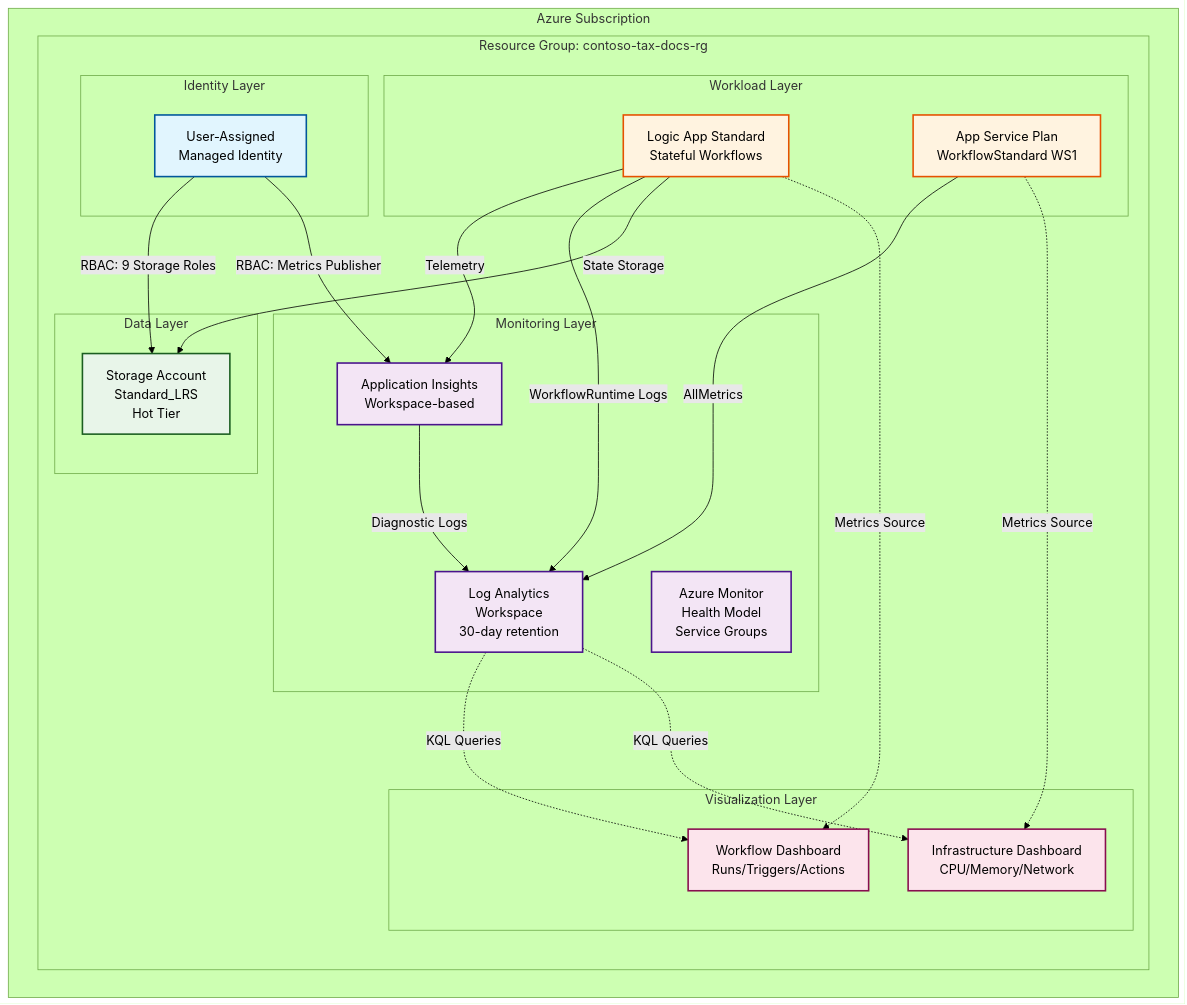
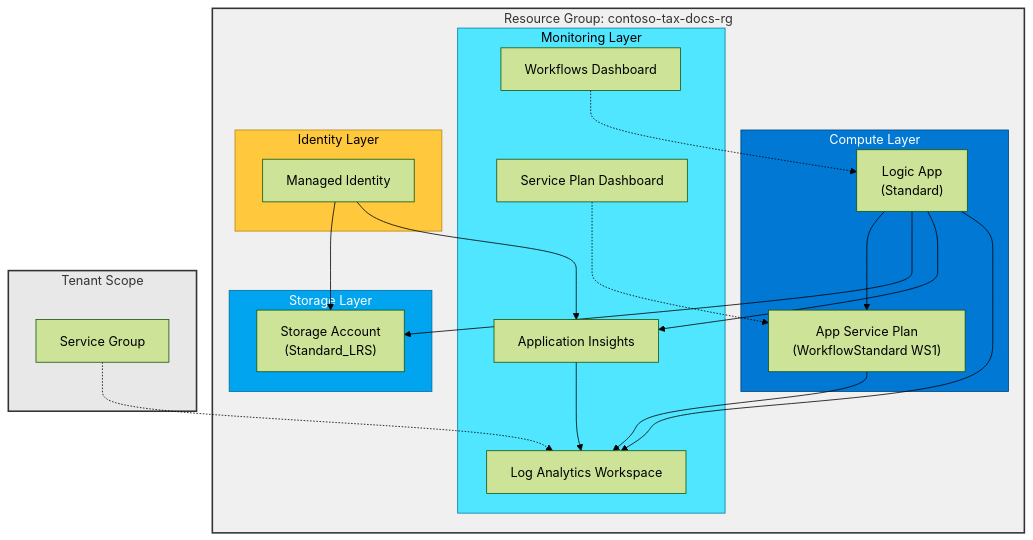
The first of 2 diagrams in README.md (Evilazaro/Azure-LogicApps-Monitoring), drawn with Mermaid (forest theme) before and after one commit. The commit also changed other lines of this file, not shown here.

````diff
--- a/README.md
+++ b/README.md
@@ -63,54 +75,47 @@
 ```mermaid
 flowchart TB
-    subgraph Azure["Azure Subscription"]
-        subgraph RG["Resource Group: contoso-tax-docs-rg"]
-            subgraph Identity["Identity Layer"]
-                MI[User-Assigned<br/>Managed Identity]
-            end
-            
-            subgraph Monitor["Monitoring Layer"]
-                HM[Azure Monitor<br/>Health Model<br/>Service Groups]
-                LAW[Log Analytics<br/>Workspace<br/>30-day retention]
-                AI[Application Insights<br/>Workspace-based]
-            end
-            
-            subgraph Data["Data Layer"]
-                SA[Storage Account<br/>Standard_LRS<br/>Hot Tier]
-            end
-            
-            subgraph Workload["Workload Layer"]
-                ASP[App Service Plan<br/>WorkflowStandard WS1]
-                LA[Logic App Standard<br/>Stateful Workflows]
-            end
-            
-            subgraph Viz["Visualization Layer"]
-                D1[Workflow Dashboard<br/>Runs/Triggers/Actions]
-                D2[Infrastructure Dashboard<br/>CPU/Memory/Network]
-            end
+    subgraph RG["Resource Group: contoso-tax-docs-rg"]
+        subgraph Compute["Compute Layer"]
+            ASP["App Service Plan<br/>(WorkflowStandard WS1)"]
+            LA["Logic App<br/>(Standard)"]
+        end
+        
+        subgraph Storage["Storage Layer"]
+            SA["Storage Account<br/>(Standard_LRS)"]
+        end
+        
+        subgraph Monitoring["Monitoring Layer"]
+            LAW["Log Analytics Workspace"]
+            AI["Application Insights"]
+            DASH1["Workflows Dashboard"]
+            DASH2["Service Plan Dashboard"]
+        end
+        
+        subgraph Identity["Identity Layer"]
+            MI["Managed Identity"]
         end
     end
     
-    MI -->|RBAC: 9 Storage Roles| SA
-    MI -->|RBAC: Metrics Publisher| AI
-    LA -->|Telemetry| AI
-    LA -->|WorkflowRuntime Logs| LAW
-    LA -->|State Storage| SA
-    ASP -->|AllMetrics| LAW
-    AI -->|Diagnostic Logs| LAW
-    LAW -.->|KQL Queries| D1
-    LAW -.->|KQL Queries| D2
-    LA -.->|Metrics Source| D1
-    ASP -.->|Metrics Source| D2
+    subgraph Tenant["Tenant Scope"]
+        SG["Service Group"]
+    end
     
-    classDef identityClass fill:#e1f5fe,stroke:#01579b,stroke-width:2px
-    classDef monitorClass fill:#f3e5f5,stroke:#4a148c,stroke-width:2px
-    classDef dataClass fill:#e8f5e9,stroke:#1b5e20,stroke-width:2px
-    classDef workloadClass fill:#fff3e0,stroke:#e65100,stroke-width:2px
-    classDef vizClass fill:#fce4ec,stroke:#880e4f,stroke-width:2px
+    LA --> ASP
+    LA --> SA
+    LA --> AI
+    MI --> SA
+    MI --> AI
+    ASP --> LAW
+    LA --> LAW
+    AI --> LAW
+    DASH1 -.-> LA
+    DASH2 -.-> ASP
+    SG -.-> LAW
     
-    class MI identityClass
-    class HM,LAW,AI monitorClass
-    class SA dataClass
-    class ASP,LA workloadClass
-    class D1,D2 vizClass
+    style Compute fill:#0078D4,stroke:#004578,color:#fff
+    style Storage fill:#00A4EF,stroke:#006BA1,color:#fff
+    style Monitoring fill:#50E6FF,stroke:#007BA6,color:#000
+    style Identity fill:#FFC83D,stroke:#B8860B,color:#000
+    style RG fill:#f0f0f0,stroke:#333,stroke-width:2px
+    style Tenant fill:#e8e8e8,stroke:#333,stroke-width:2px
 ```
````
